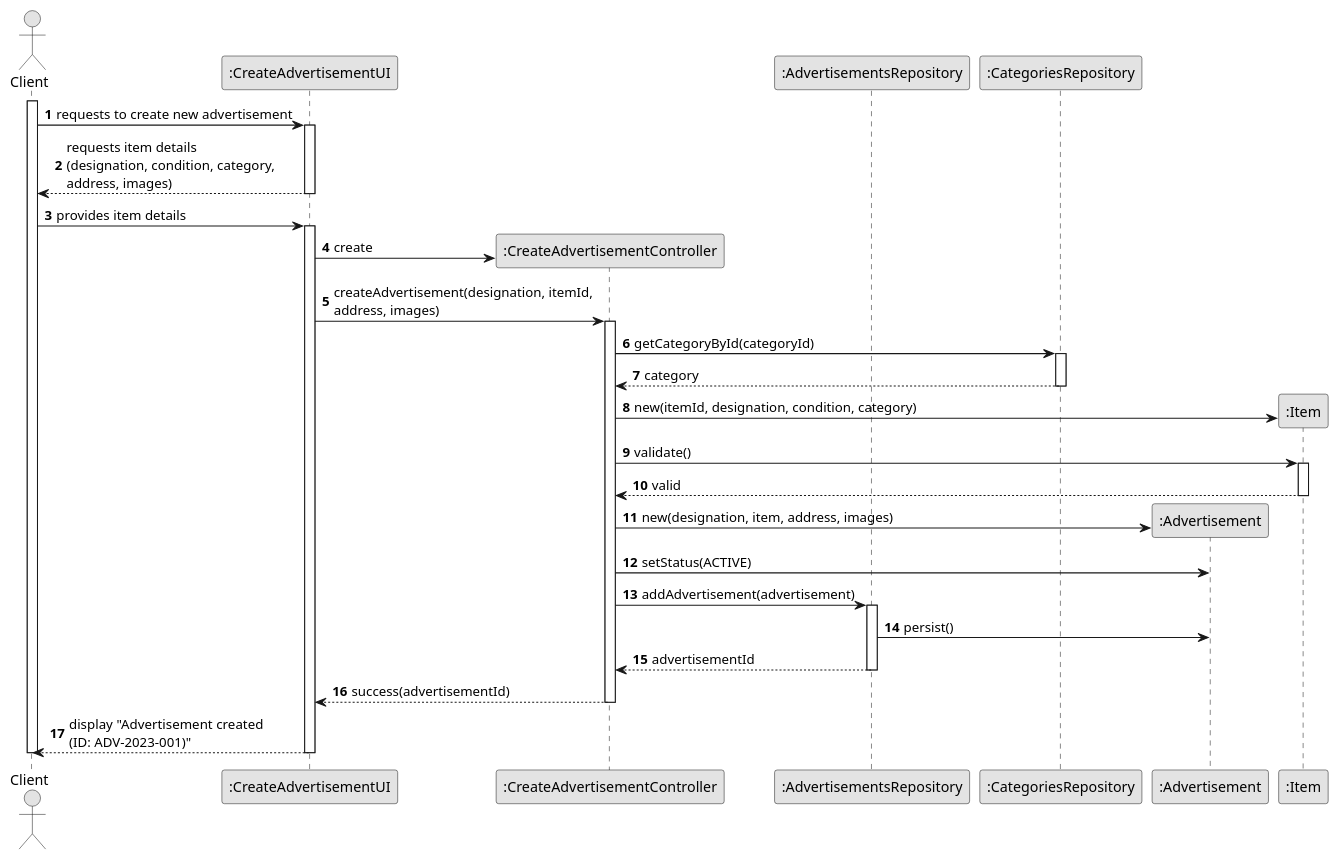
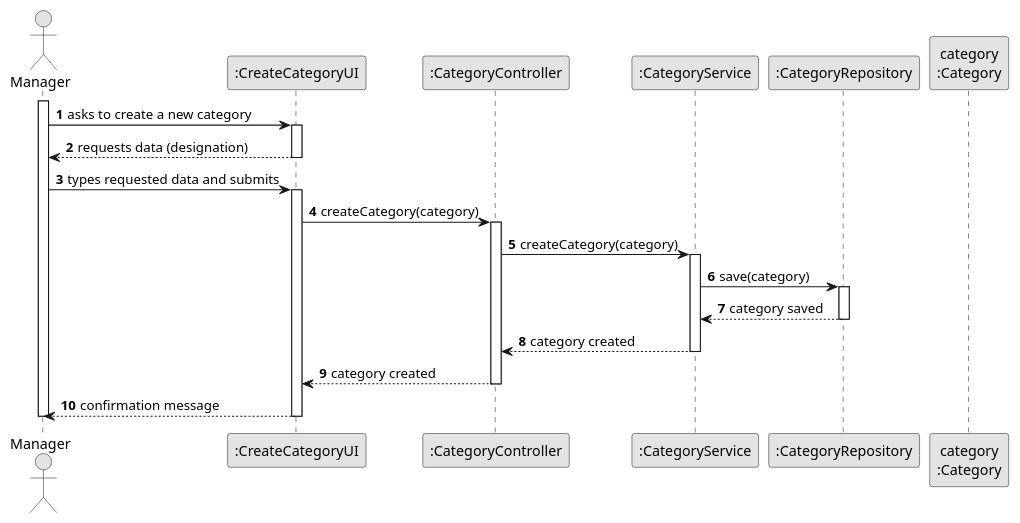
Before and after one commit to vivianeaalmeida/ComeAndGet: the diagram in Docs/US03/03-design/US03-SD.puml, drawn with PlantUML. The commit also changed 5 other files, not shown here.

```diff
--- a/Docs/US03/03-design/US03-SD.puml
+++ b/Docs/US03/03-design/US03-SD.puml
@@ -1,57 +1,49 @@
 @startuml
 skinparam monochrome true
 skinparam packageStyle rectangle
 skinparam shadowing false
 
 autonumber
 
-actor "Client" as CLIENT
-participant ":CreateAdvertisementUI" as UI
-participant ":CreateAdvertisementController" as CTRL
-participant ":AdvertisementsRepository" as AD_REPO
-participant ":CategoriesRepository" as CAT_REPO
-participant ":Advertisement" as AD
-participant ":Item" as ITEM
+actor Manager as M
+participant ":CreateCategoryUI" as UI
+participant ":CategoryController" as CTRL
+participant ":CategoryService" as SERV
+participant ":CategoryRepository" as REPO
+participant "category\n:Category" as CATEGORY
 
-activate CLIENT
+activate M
 
-    CLIENT -> UI : requests to create new advertisement
+    M -> UI : asks to create a new category
     activate UI
 
-        UI --> CLIENT : requests item details\n(designation, condition, category,\naddress, images)
+        UI --> M : requests data (designation)
     deactivate UI
 
-    CLIENT -> UI : provides item details
+    M -> UI : types requested data and submits
     activate UI
 
-        UI -> CTRL** : create
-        UI -> CTRL : createAdvertisement(designation, itemId,\naddress, images)
+        UI -> CTRL : createCategory(category)
         activate CTRL
 
-            CTRL -> CAT_REPO : getCategoryById(categoryId)
-            activate CAT_REPO
-                CAT_REPO --> CTRL : category
-            deactivate CAT_REPO
+            CTRL -> SERV : createCategory(category)
+            activate SERV
 
-            CTRL -> ITEM** : new(itemId, designation, condition, category)
-            CTRL -> ITEM : validate()
-            activate ITEM
-                ITEM --> CTRL : valid
-            deactivate ITEM
+                SERV -> REPO : save(category)
+                activate REPO
 
-            CTRL -> AD** : new(designation, item, address, images)
-            CTRL -> AD : setStatus(ACTIVE)
-            CTRL -> AD_REPO : addAdvertisement(advertisement)
-            activate AD_REPO
-                AD_REPO -> AD : persist()
-                AD_REPO --> CTRL : advertisementId
-            deactivate AD_REPO
+                    REPO --> SERV : category saved
+                deactivate REPO
 
-            CTRL --> UI : success(advertisementId)
+                SERV --> CTRL : category created
+            deactivate SERV
+
+            CTRL --> UI : category created
         deactivate CTRL
 
-        UI --> CLIENT : display "Advertisement created\n(ID: ADV-2023-001)"
+        UI --> M : confirmation message
     deactivate UI
 
-deactivate CLIENT
+deactivate M
+
 @enduml
```
